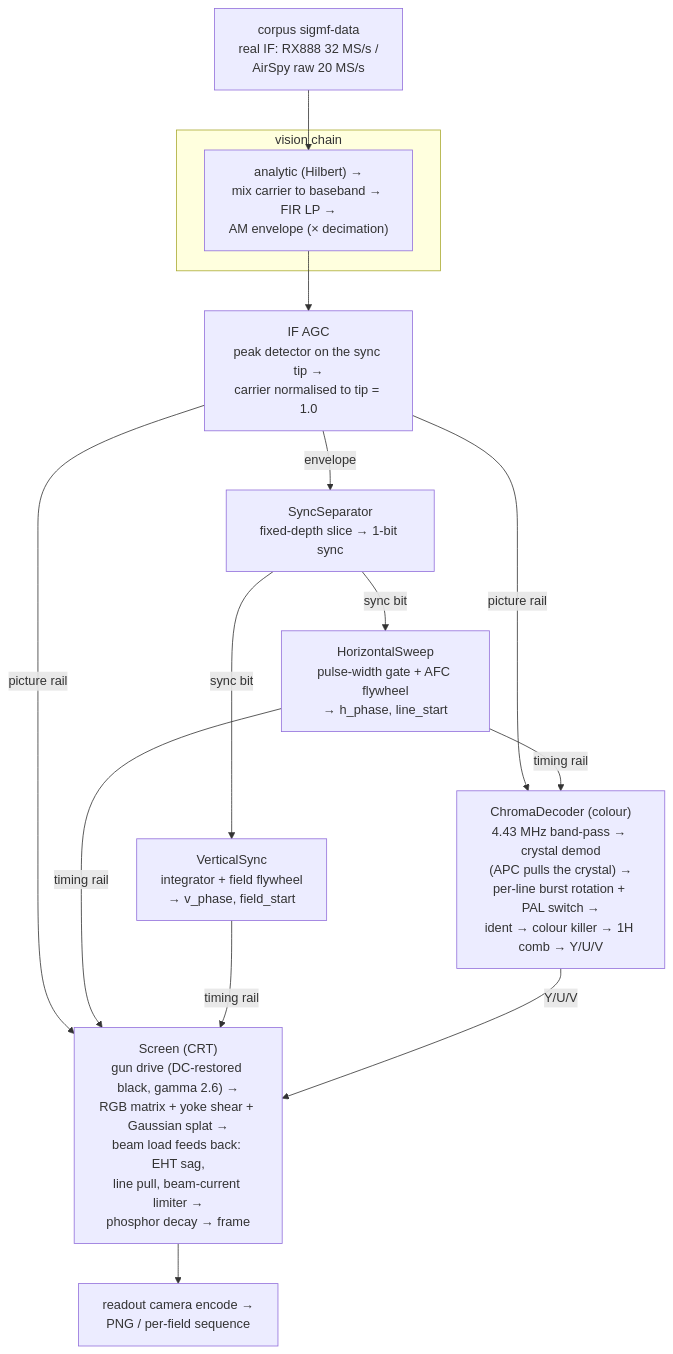
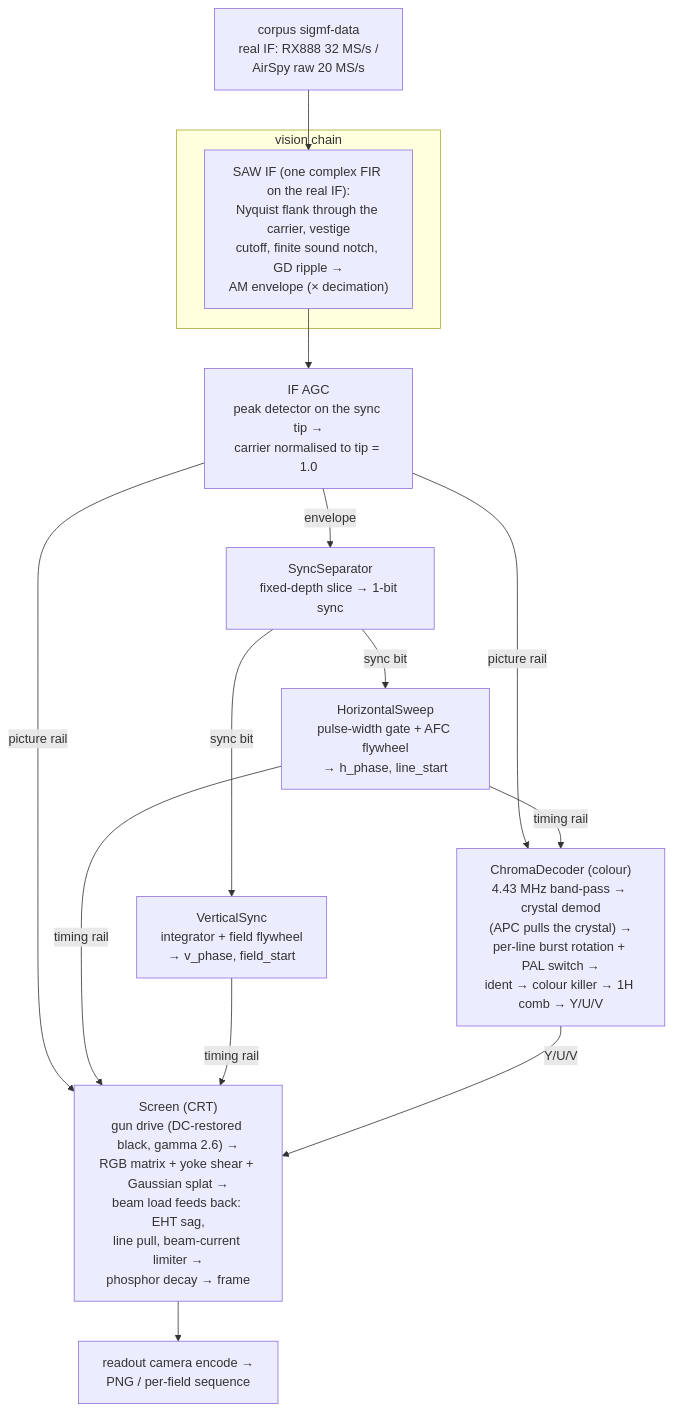
Before and after one commit to mattgodbolt/PALindrome: the diagram in README.md, drawn with Mermaid. The commit also changed other lines of this file and 12 other files, not shown here.

First line of the commit message:
era B2.1: SAW-era vision IF - the set's RF personality as one complex FIR (#48)

````diff
--- a/README.md
+++ b/README.md
@@ -115,20 +115,20 @@
 ```mermaid
 flowchart TD
     SIGMF["corpus sigmf-data<br/>real IF: RX888 32 MS/s /<br/>AirSpy raw 20 MS/s"] --> VIS
 
     subgraph vis["vision chain"]
-      VIS["analytic (Hilbert) →<br/>mix carrier to baseband → FIR LP →<br/>AM envelope (× decimation)"]
+      VIS["SAW IF (one complex FIR on the real IF):<br/>Nyquist flank through the carrier, vestige<br/>cutoff, finite sound notch, GD ripple →<br/>AM envelope (× decimation)"]
     end
 
     VIS --> AGC["IF AGC<br/>peak detector on the sync tip →<br/>carrier normalised to tip = 1.0"]
     AGC -->|envelope| SEP["SyncSeparator<br/>fixed-depth slice → 1-bit sync"]
     AGC -->|picture rail| SCR
     AGC -->|picture rail| CH["ChromaDecoder (colour)<br/>4.43 MHz band-pass → crystal demod<br/>(APC pulls the crystal) →<br/>per-line burst rotation + PAL switch →<br/>ident → colour killer → 1H comb → Y/U/V"]
     SEP -->|sync bit| HS["HorizontalSweep<br/>pulse-width gate + AFC flywheel<br/>→ h_phase, line_start"]
     SEP -->|sync bit| VS["VerticalSync<br/>integrator + field flywheel<br/>→ v_phase, field_start"]
     HS -->|timing rail| CH
     HS -->|timing rail| SCR["Screen (CRT)<br/>gun drive (DC-restored black, gamma 2.6) →<br/>RGB matrix + yoke shear + Gaussian splat →<br/>beam load feeds back: EHT sag,<br/>line pull, beam-current limiter →<br/>phosphor decay → frame"]
     VS -->|timing rail| SCR
     CH -->|Y/U/V| SCR
     SCR --> PNG["readout camera encode →<br/>PNG / per-field sequence"]
 ```
````
